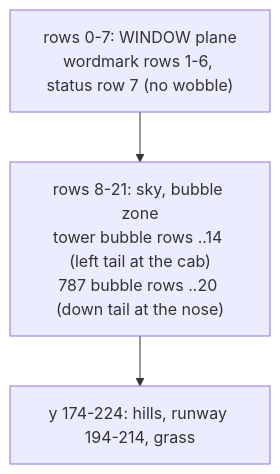
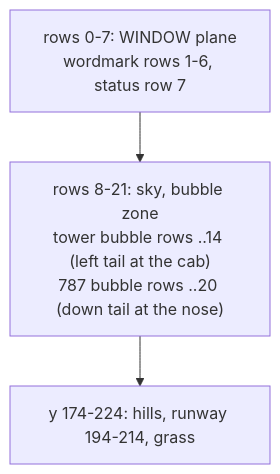
Before and after one commit to jfryman/mega-wifi-radar: the second of 2 diagrams in lode/ui/boot-splash.md, drawn with Mermaid. The commit also changed other lines of this file and 13 other files, not shown here.

````diff
--- a/lode/ui/boot-splash.md
+++ b/lode/ui/boot-splash.md
@@ -43,7 +44,7 @@
 ```mermaid
 flowchart TB
-  W["rows 0-7: WINDOW plane<br/>wordmark rows 1-6, status row 7 (no wobble)"]
+  W["rows 0-7: WINDOW plane<br/>wordmark rows 1-6, status row 7"]
   S["rows 8-21: sky, bubble zone<br/>tower bubble rows ..14 (left tail at the cab)<br/>787 bubble rows ..20 (down tail at the nose)"]
   G["y 174-224: hills, runway 194-214, grass"]
   W --> S --> G
 ```
````
